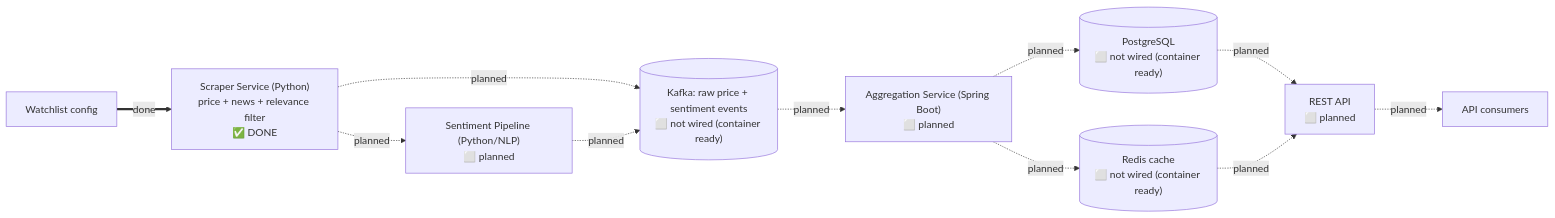
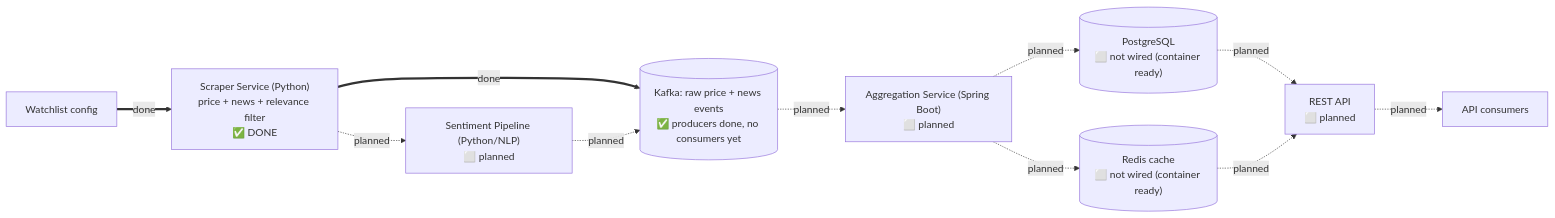
The diagram in docs/architecture/system-overview.md (shreyansgosalia18/marketpulse), drawn with Mermaid before and after one commit. The commit also changed other lines of this file and 13 other files, not shown here.

First line of the commit message:
Add Kafka event schema + producers for scraper price/news output

````diff
--- a/docs/architecture/system-overview.md
+++ b/docs/architecture/system-overview.md
@@ -7,23 +7,23 @@
 ```mermaid
 flowchart LR
     WL["Watchlist config"]
     SC["Scraper Service (Python)<br/>price + news + relevance filter<br/>✅ DONE"]
     SENT["Sentiment Pipeline (Python/NLP)<br/>⬜ planned"]
-    KAFKA[("Kafka: raw price + sentiment events<br/>⬜ not wired (container ready)")]
+    KAFKA[("Kafka: raw price + news events<br/>✅ producers done, no consumers yet")]
     AGG["Aggregation Service (Spring Boot)<br/>⬜ planned"]
     PG[("PostgreSQL<br/>⬜ not wired (container ready)")]
     REDIS[("Redis cache<br/>⬜ not wired (container ready)")]
     API["REST API<br/>⬜ planned"]
     CONSUMERS["API consumers"]
 
     WL ==>|done| SC
-    SC -.->|planned| KAFKA
+    SC ==>|done| KAFKA
     SC -.->|planned| SENT
     SENT -.->|planned| KAFKA
     KAFKA -.->|planned| AGG
     AGG -.->|planned| PG
     AGG -.->|planned| REDIS
     PG -.->|planned| API
     REDIS -.->|planned| API
     API -.->|planned| CONSUMERS
 ```
````
